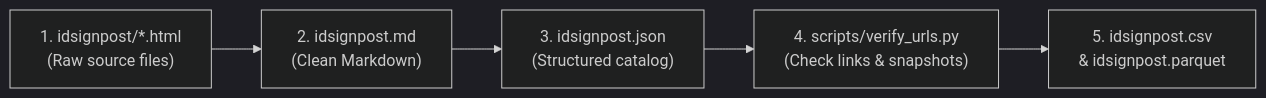
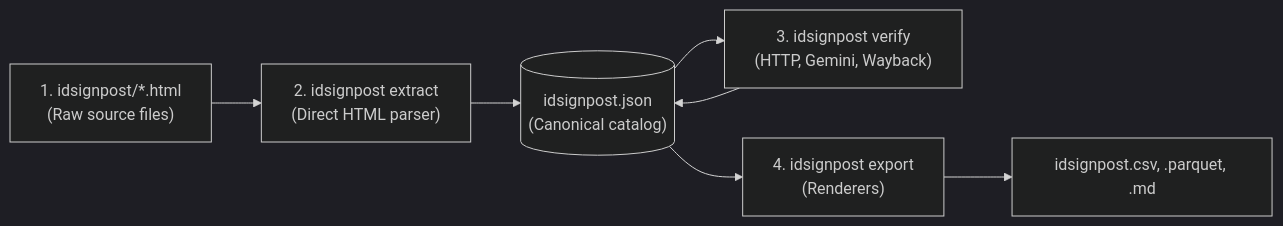
The diagram in EXPLAINER.md (charlesroper/FSCLegacy-fscbiodiversity.uk-idsignpost), drawn with Mermaid (dark theme) before and after one commit. The commit also changed other lines of this file and 1 other file, not shown here.

First line of the commit message:
Add project badges and clean up stale prose

````diff
--- a/EXPLAINER.md
+++ b/EXPLAINER.md
@@ -75,7 +75,9 @@
 ```mermaid
 flowchart LR
-    HTML["1. idsignpost/*.html\n(Raw source files)"] --> MD["2. idsignpost.md\n(Clean Markdown)"]
-    MD --> JSON["3. idsignpost.json\n(Structured catalog)"]
-    JSON --> VERIFY["4. scripts/verify_urls.py\n(Check links & snapshots)"]
-    VERIFY --> EXPORTS["5. idsignpost.csv\n& idsignpost.parquet"]
+    HTML["1. idsignpost/*.html\n(Raw source files)"] --> EXTRACT["2. idsignpost extract\n(Direct HTML parser)"]
+    EXTRACT --> JSON[("idsignpost.json\n(Canonical catalog)")]
+    JSON --> VERIFY["3. idsignpost verify\n(HTTP, Gemini, Wayback)"]
+    VERIFY --> JSON
+    JSON --> EXPORT["4. idsignpost export\n(Renderers)"]
+    EXPORT --> EXPORTS["idsignpost.csv, .parquet, .md"]
 ```
````
